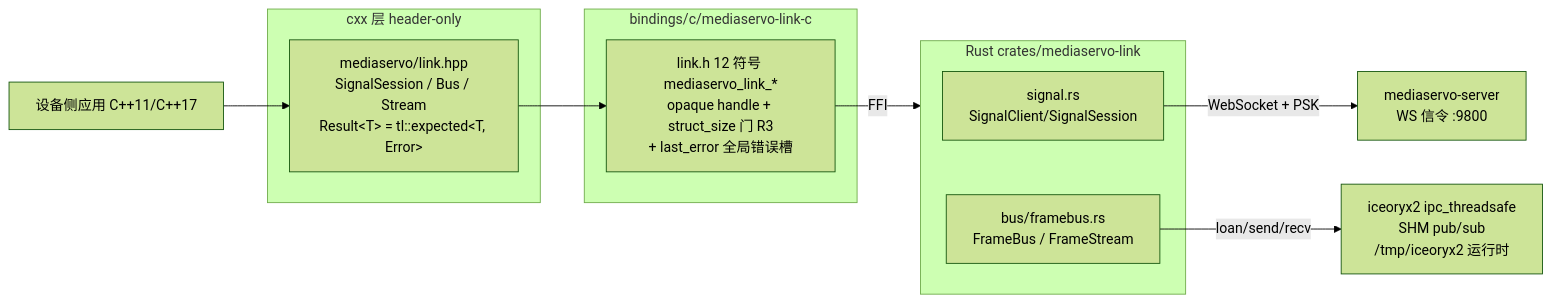
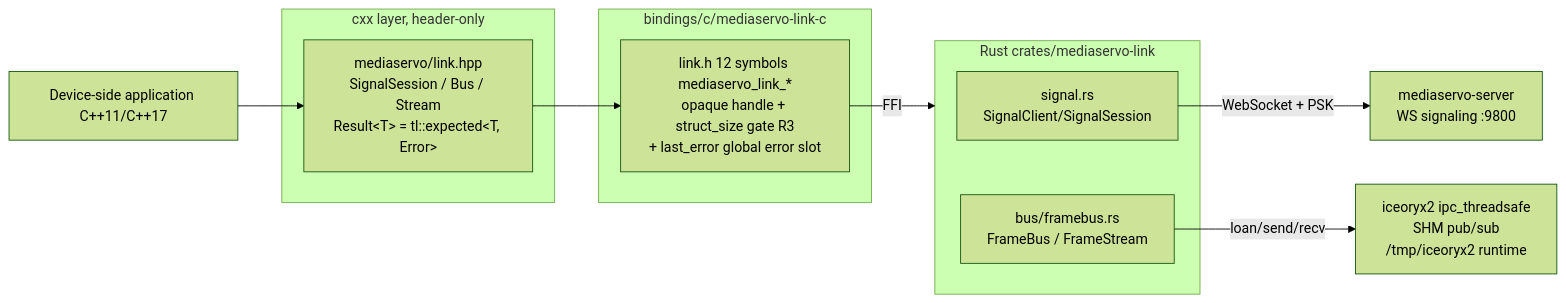
The first of 3 diagrams in docs/reference/sdk-cxx/link.md (chengxuewen/MediaServo), drawn with Mermaid (forest theme) before and after one commit. The commit also changed other lines of this file and 549 other files, not shown here.

````diff
--- a/docs/reference/sdk-cxx/link.md
+++ b/docs/reference/sdk-cxx/link.md
@@ -32,20 +34,20 @@
 ```mermaid
 flowchart LR
-    APP[设备侧应用 C++11/C++17]
-    subgraph CXX[cxx 层 header-only]
+    APP[Device-side application C++11/C++17]
+    subgraph CXX[cxx layer, header-only]
         H[mediaservo/link.hpp<br/>SignalSession / Bus / Stream<br/>Result&lt;T&gt; = tl::expected&lt;T, Error&gt;]
     end
     subgraph CAB[bindings/c/mediaservo-link-c]
-        C[link.h 12 符号 mediaservo_link_*<br/>opaque handle + struct_size 门 R3<br/>+ last_error 全局错误槽]
+        C[link.h 12 symbols mediaservo_link_*<br/>opaque handle + struct_size gate R3<br/>+ last_error global error slot]
     end
     subgraph RS[Rust crates/mediaservo-link]
         SIG[signal.rs<br/>SignalClient/SignalSession]
         BUS[bus/framebus.rs<br/>FrameBus / FrameStream]
     end
-    ICE[iceoryx2 ipc_threadsafe<br/>SHM pub/sub<br/>/tmp/iceoryx2 运行时]
-    SRV[mediaservo-server<br/>WS 信令 :9800]
+    ICE[iceoryx2 ipc_threadsafe<br/>SHM pub/sub<br/>/tmp/iceoryx2 runtime]
+    SRV[mediaservo-server<br/>WS signaling :9800]
 
     APP --> H --> C -->|FFI| RS
     SIG -->|WebSocket + PSK| SRV
     BUS -->|loan/send/recv| ICE
 ```
````
